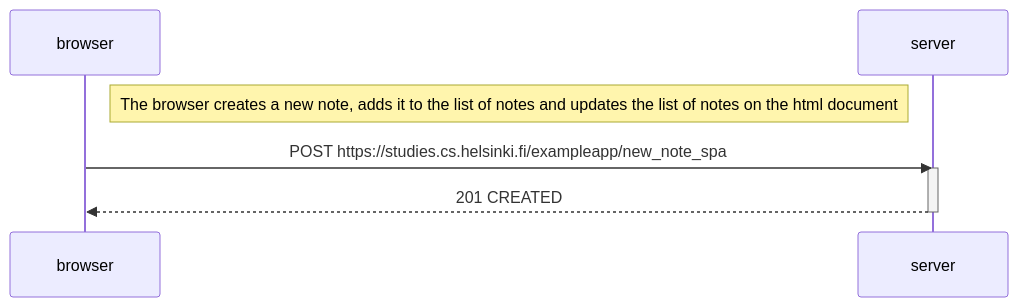
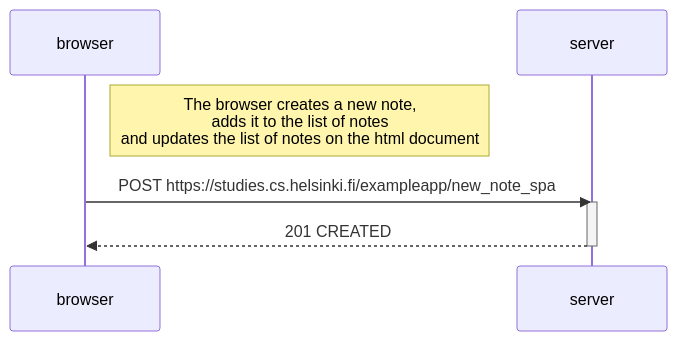
The diagram in part0/part0-6.md (zarak-ansari/FullStackOpen), drawn with Mermaid before and after one commit. The commit also changed 2 other files, not shown here.

Commit message:
finalized submission for part0

````diff
--- a/part0/part0-6.md
+++ b/part0/part0-6.md
@@ -1,13 +1,11 @@
 ```mermaid
 sequenceDiagram
     participant browser
     participant server
 
-    Note right of browser: The browser creates a new note, adds it to the list of notes and updates the list of notes on the html document
+    Note right of browser: The browser creates a new note,<br>  adds it to the list of notes <br> and updates the list of notes on the html document
     browser->>server: POST https://studies.cs.helsinki.fi/exampleapp/new_note_spa
     activate server
     server-->>browser: 201 CREATED
     deactivate server
-
-
 ```
````
